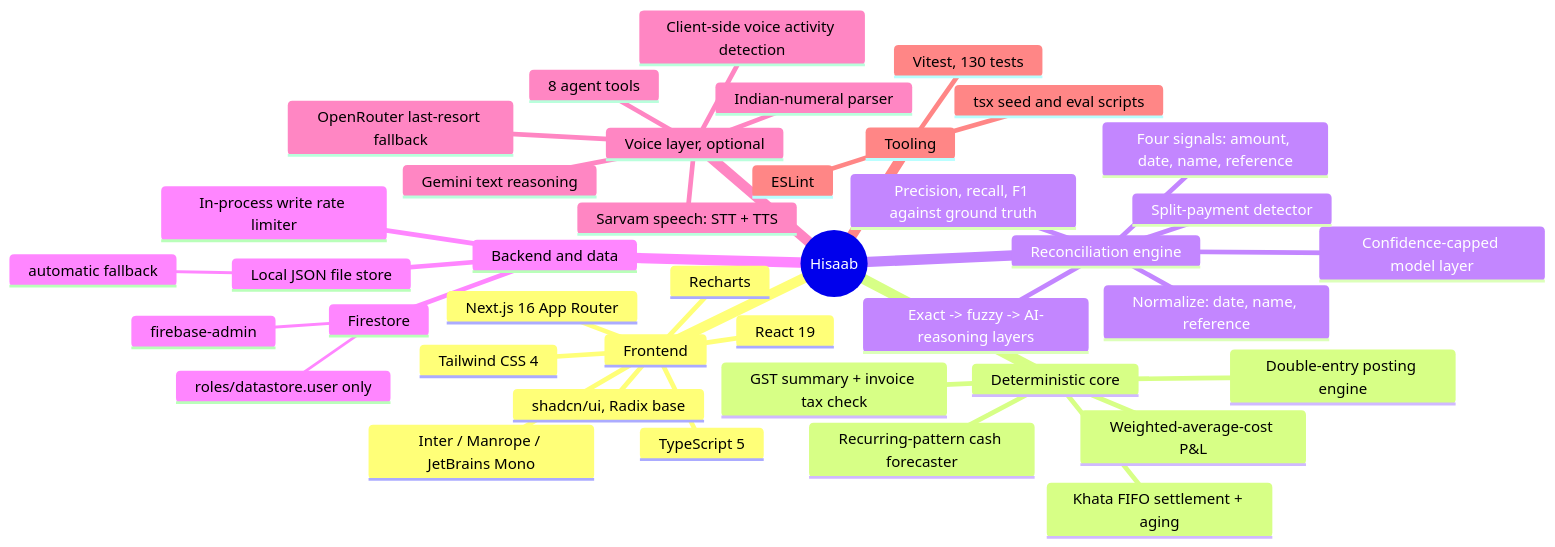
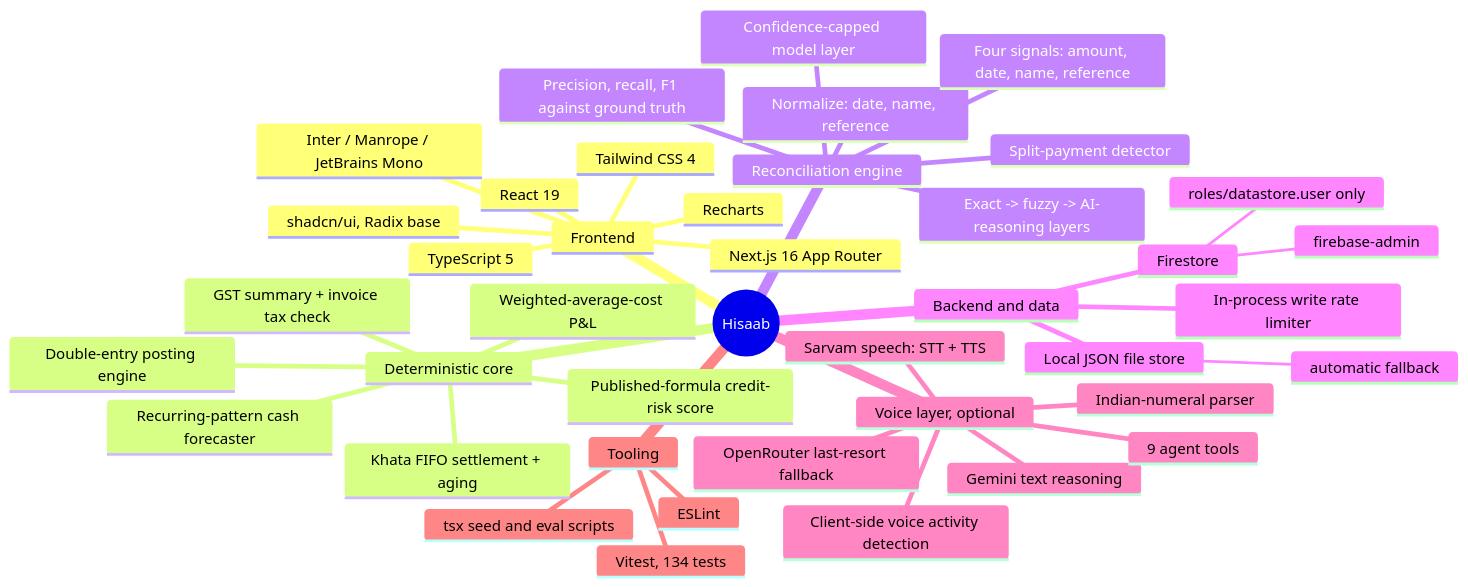
The second of 4 diagrams in README.md (harshkawatra11/hisaab), drawn with Mermaid before and after one commit. The commit also changed other lines of this file and 6 other files, not shown here.

First line of the commit message:
feat: deterministic credit-risk scoring with a published formula

````diff
--- a/README.md
+++ b/README.md
@@ -92,43 +92,44 @@
 ```mermaid
 mindmap
   root((Hisaab))
     Frontend
       Next.js 16 App Router
       React 19
       TypeScript 5
       Tailwind CSS 4
       shadcn/ui, Radix base
       Recharts
       Inter / Manrope / JetBrains Mono
     Deterministic core
       Double-entry posting engine
       Khata FIFO settlement + aging
       GST summary + invoice tax check
       Weighted-average-cost P&L
       Recurring-pattern cash forecaster
+      Published-formula credit-risk score
     Reconciliation engine
       Normalize: date, name, reference
       Four signals: amount, date, name, reference
       Exact -> fuzzy -> AI-reasoning layers
       Confidence-capped model layer
       Split-payment detector
       Precision, recall, F1 against ground truth
     Backend and data
       Firestore
         firebase-admin
         roles/datastore.user only
       Local JSON file store
         automatic fallback
       In-process write rate limiter
     Voice layer, optional
       Sarvam speech: STT + TTS
       Gemini text reasoning
       OpenRouter last-resort fallback
       Client-side voice activity detection
       Indian-numeral parser
-      8 agent tools
+      9 agent tools
     Tooling
-      Vitest, 130 tests
+      Vitest, 134 tests
       ESLint
       tsx seed and eval scripts
 ```
````
